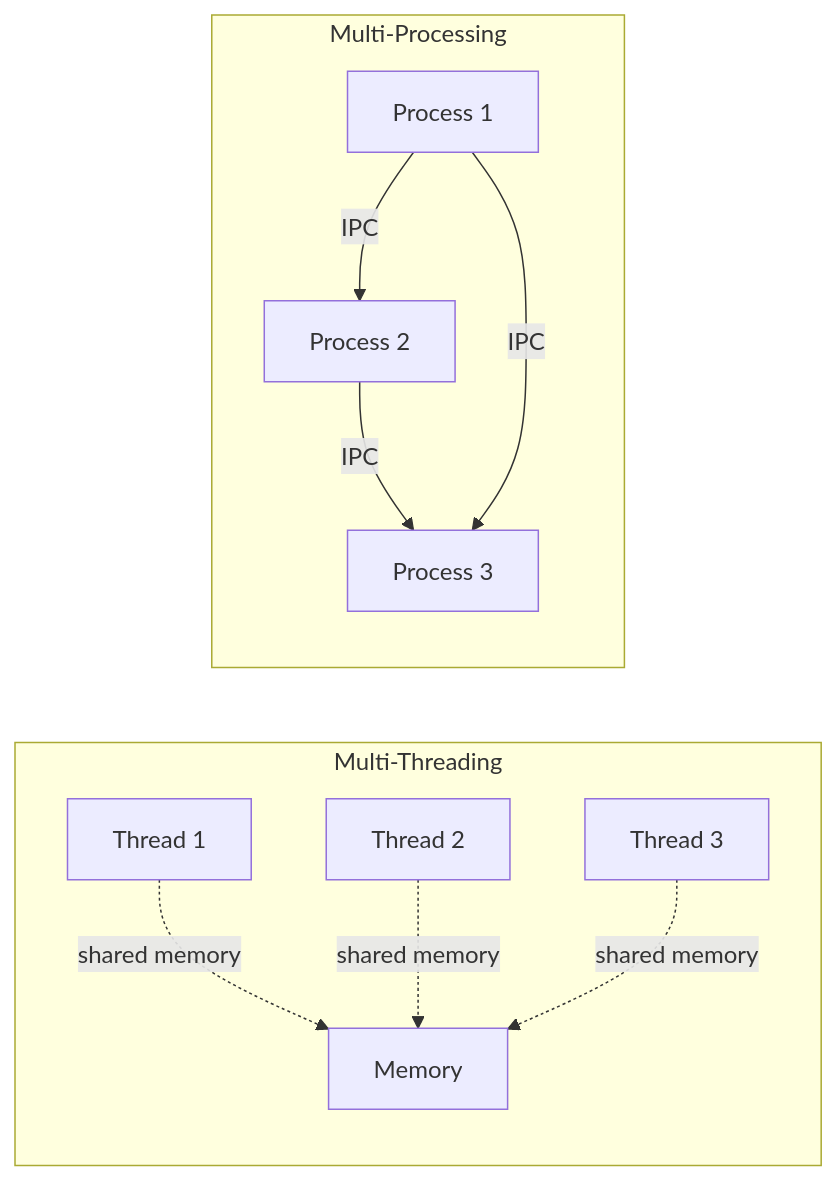
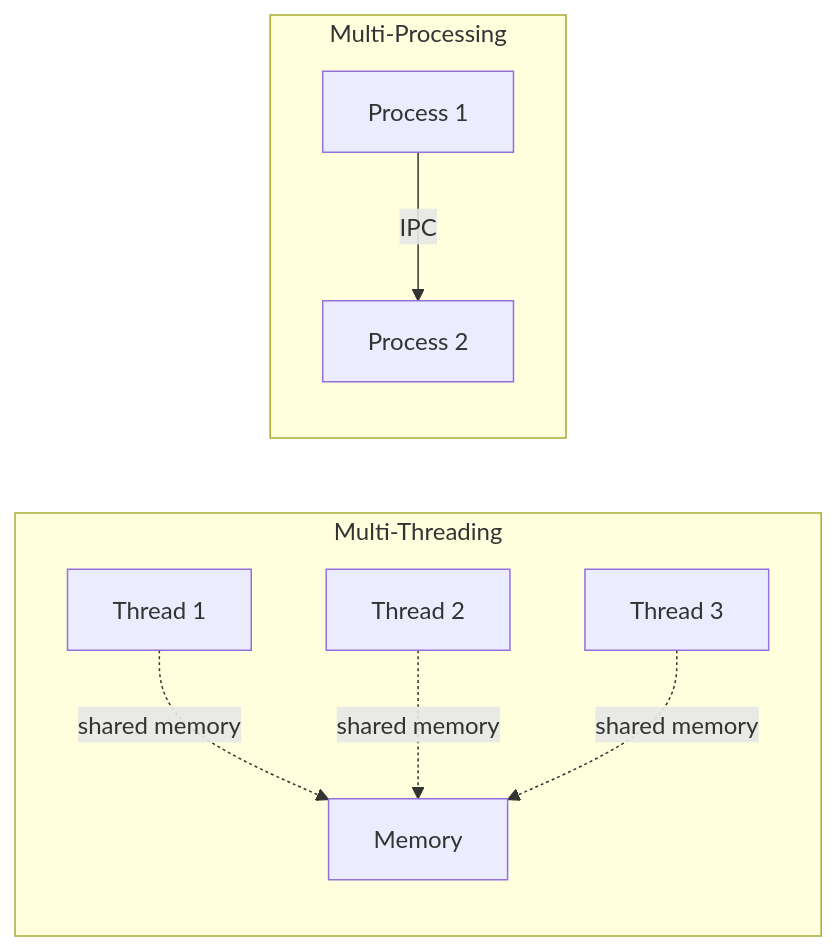
Before and after one commit to t4d-gmbh/utilizingSharedResources: the second of 2 diagrams in source/content/primerOnParallelism/implementationApproaches.md, drawn with Mermaid. The commit also changed other lines of this file, not shown here.

Commit message:
Enhance implementation approaches section with detailed comparisons of multi-threading and multi-processing, including communication trade-offs and visual diagrams for clarity in primer on parallelism

````diff
--- a/source/content/primerOnParallelism/implementationApproaches.md
+++ b/source/content/primerOnParallelism/implementationApproaches.md
@@ -48,14 +99,12 @@
 ```{mermaid}
 graph LR
     subgraph "Multi-Threading"
     T1[Thread 1] -.shared memory.-> M[Memory]
     T2[Thread 2] -.shared memory.-> M
     T3[Thread 3] -.shared memory.-> M
     end
     
     subgraph "Multi-Processing"
     P1[Process 1] -->|IPC| P2[Process 2]
-    P2 -->|IPC| P3[Process 3]
-    P1 -->|IPC| P3
     end
 ```
````
